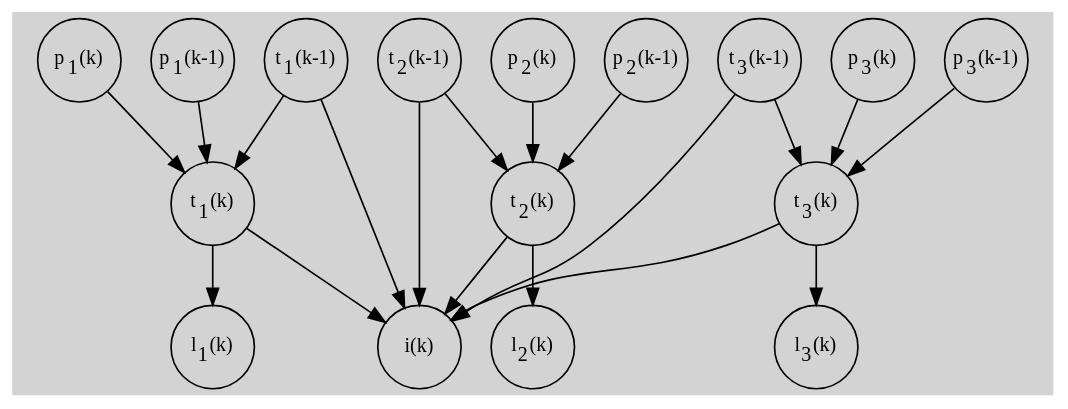
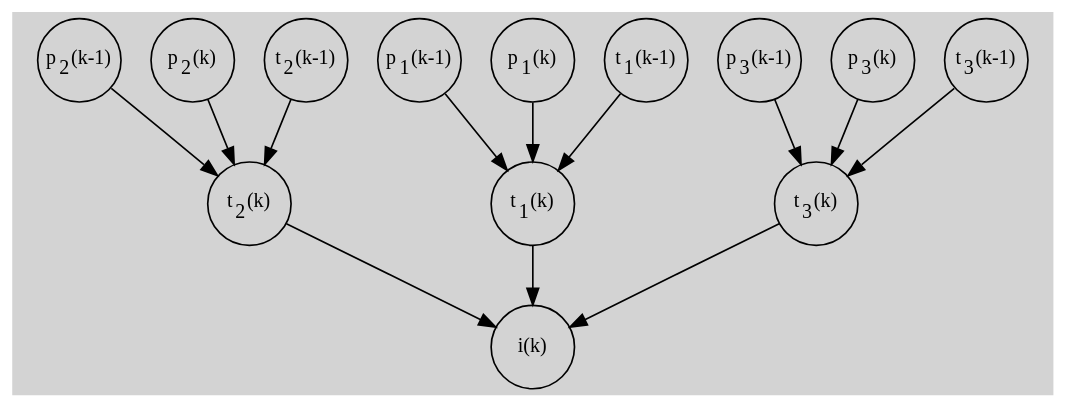
The diagram in simple.dot (I2RLab/em-gaussian), drawn with Graphviz before and after one commit. The commit also changed 7 other files, not shown here.

```diff
--- a/simple.dot
+++ b/simple.dot
@@ -1,45 +1,36 @@
 digraph subscript {
     graph [pad="0.212,0.055" bgcolor=lightgray]
     splines=true
     splines=spline
     node [fontname = "ubuntu" fontsize=12 fixedsize=true width=.7];
 
-    p10 [pos="-3,3!" shape=circle label=<p<SUB>1</SUB>(k-1)>]
+    p10 [pos="-1.5,3!" shape=circle label=<p<SUB>1</SUB>(k-1)>]
     p11 [pos="0,3!" shape=circle label=<p<SUB>1</SUB>(k)>]
-    t10 [pos="-3,2!" shape=circle label=<t<SUB>1</SUB>(k-1)>]
-    t11 [pos="0,2!" shape=circle label=<t<SUB>1</SUB>(k)>]
-    l1  [pos="1.5,1!" shape=circle label=<l<SUB>1</SUB>(k)>]
-    p20 [pos="-3,1!" shape=circle label=<p<SUB>2</SUB>(k-1)>]
-    p21 [pos="0,1!" shape=circle label=<p<SUB>2</SUB>(k)>]
-    t20 [pos="-3,0!" shape=circle label=<t<SUB>2</SUB>(k-1)>]
-    t21 [pos="0,0!" shape=circle label=<t<SUB>2</SUB>(k)>]
-    l2  [pos="1.5,-1!" shape=circle label=<l<SUB>2</SUB>(k)>]
-    p30 [pos="-3,-1!" shape=circle label=<p<SUB>3</SUB>(k-1)>]
-    p31 [pos="0,-1!" shape=circle label=<p<SUB>3</SUB>(k)>]
-    t30 [pos="-3,-2!" shape=circle label=<t<SUB>3</SUB>(k-1)>]
+    t10 [pos="-1.5,0!" shape=circle label=<t<SUB>1</SUB>(k-1)>]
+    t11 [pos="0,0!" shape=circle label=<t<SUB>1</SUB>(k)>]
+    p20 [pos="-1.5,2!" shape=circle label=<p<SUB>2</SUB>(k-1)>]
+    p21 [pos="0,2!" shape=circle label=<p<SUB>2</SUB>(k)>]
+    t20 [pos="-1.5,-1!" shape=circle label=<t<SUB>2</SUB>(k-1)>]
+    t21 [pos="0,-1!" shape=circle label=<t<SUB>2</SUB>(k)>]
+    p30 [pos="-1.5,1!" shape=circle label=<p<SUB>3</SUB>(k-1)>]
+    p31 [pos="0,1!" shape=circle label=<p<SUB>3</SUB>(k)>]
+    t30 [pos="-1.5,-2!" shape=circle label=<t<SUB>3</SUB>(k-1)>]
     t31 [pos="0,-2!" shape=circle label=<t<SUB>3</SUB>(k)>]
-    l3  [pos="1.5,-3!" shape=circle label=<l<SUB>3</SUB>(k)>]
 
-    i [pos="1,-4!" shape=circle label=<i(k)>]
+    i [pos="0.0,-3.5!" shape=circle label=<i(k)>]
 
     p10 -> t11
     p11 -> t11
     t10 -> t11
-    t10 -> i
     t11 -> i
-    t11 -> l1
 
     p20 -> t21
     p21 -> t21
     t20 -> t21
-    t20 -> i
     t21 -> i
-    t21 -> l2
 
     p30 -> t31
     p31 -> t31
     t30 -> t31
-    t30 -> i
     t31 -> i
-    t31 -> l3
       }
```
